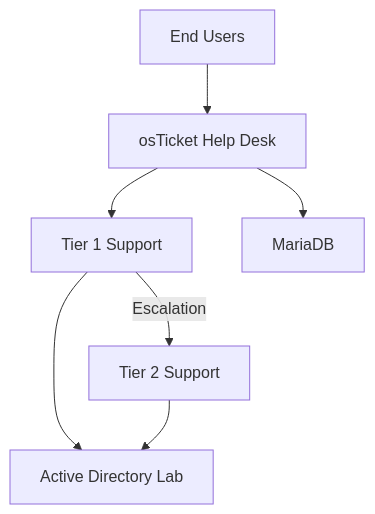
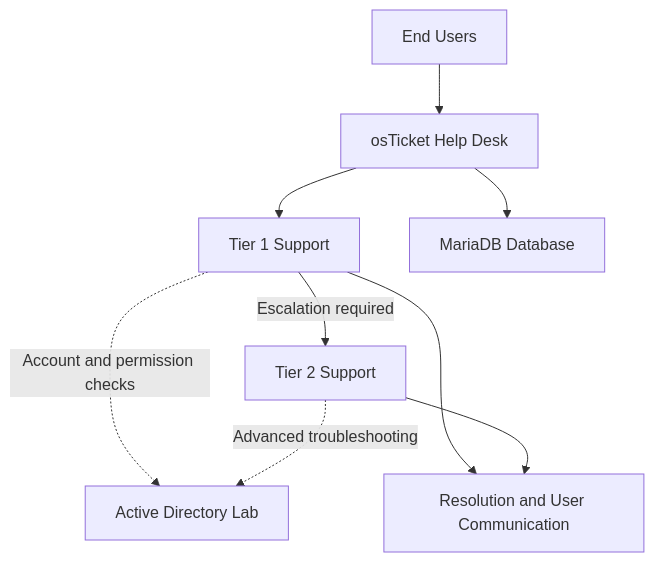
One commit to cmcabrera-tech/help-desk-ticketing-lab changed the first of 2 diagrams in README.md. Above: the diagram before and after it, drawn with Mermaid.

````diff
--- a/README.md
+++ b/README.md
@@ -32,9 +32,11 @@
 ```mermaid
 flowchart TD
     USER["End Users"] --> PORTAL["osTicket Help Desk"]
     PORTAL --> T1["Tier 1 Support"]
-    T1 -->|Escalation| T2["Tier 2 Support"]
-    PORTAL --> DB["MariaDB"]
-    T1 --> AD["Active Directory Lab"]
-    T2 --> AD
+    T1 -->|Escalation required| T2["Tier 2 Support"]
+    T1 -.->|Account and permission checks| AD["Active Directory Lab"]
+    T2 -.->|Advanced troubleshooting| AD
+    PORTAL --> DB["MariaDB Database"]
+    T1 --> RES["Resolution and User Communication"]
+    T2 --> RES
 ```
````
